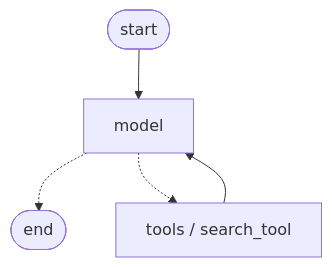
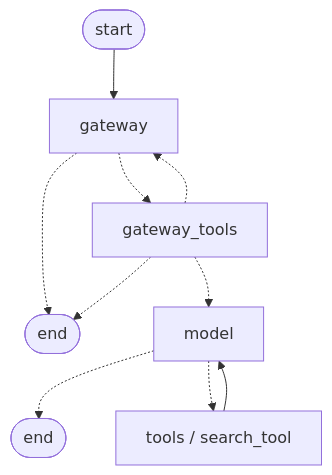
Before and after one commit to leosanner/graph_pilot: the third of 3 diagrams in README.md, drawn with Mermaid. The commit also changed other lines of this file and 1 other file, not shown here.

First line of the commit message:
docs: describe the gateway layer in the agent graph

````diff
--- a/README.md
+++ b/README.md
@@ -67,7 +67,12 @@
 ```mermaid
 flowchart TD
-  S(["start"]) --> M["model"]
+  S(["start"]) --> G["gateway"]
+  G -.-> GE(["end"])
+  G -.-> GT["gateway_tools"]
+  GT -.-> GE
+  GT -.-> G
+  GT -.-> M["model"]
   M -.-> E(["end"])
   M -.-> T["tools / search_tool"]
   T --> M
 ```
````
